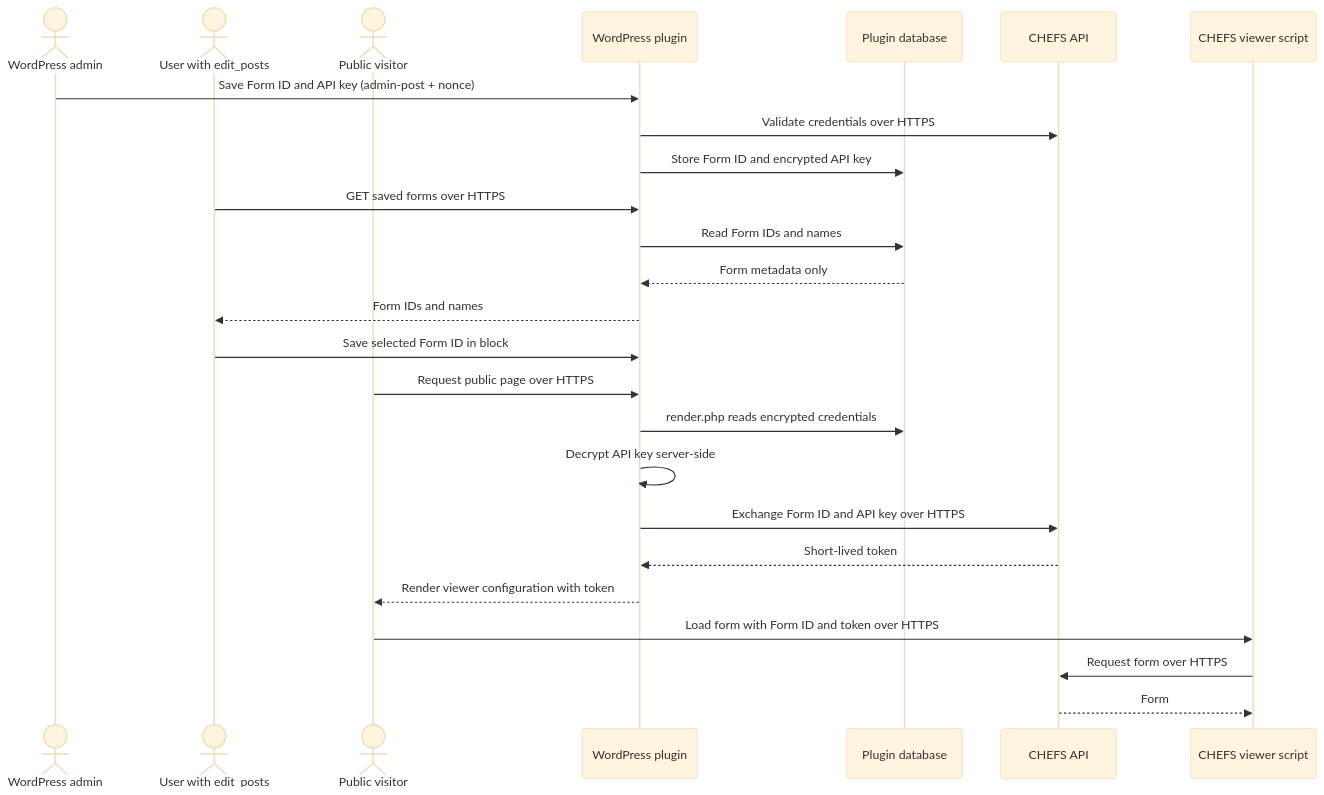
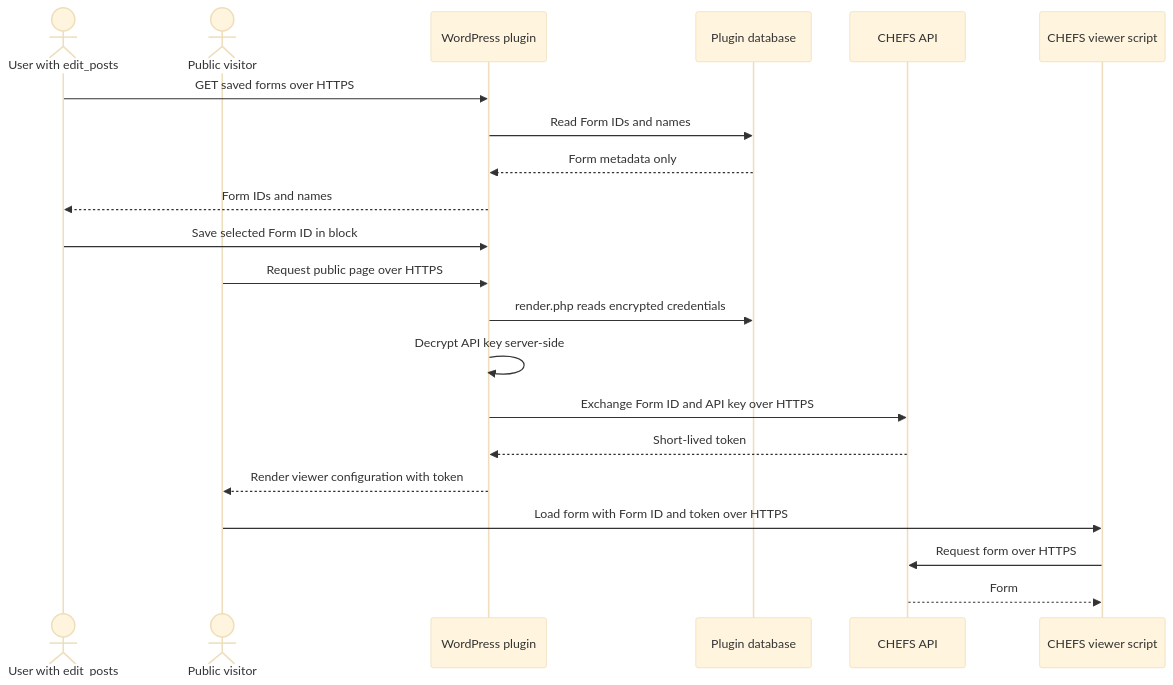
Before and after one commit to bcgov/bcew-monorepo: the diagram in plugins/bcew-chefs-embed/docs/developer/block-architecture.md, drawn with Mermaid (base theme). The commit also changed other lines of this file and 22 other files, not shown here.

````diff
--- a/plugins/bcew-chefs-embed/docs/developer/block-architecture.md
+++ b/plugins/bcew-chefs-embed/docs/developer/block-architecture.md
@@ -24,30 +29,25 @@
 ```mermaid
 sequenceDiagram
-    actor Admin as WordPress admin
     actor Editor as User with edit_posts
     actor Visitor as Public visitor
     participant WP as WordPress plugin
     participant DB as Plugin database
     participant CHEFS as CHEFS API
     participant Viewer as CHEFS viewer script
-
-    Admin->>WP: Save Form ID and API key (admin-post + nonce)
-    WP->>CHEFS: Validate credentials over HTTPS
-    WP->>DB: Store Form ID and encrypted API key
 
     Editor->>WP: GET saved forms over HTTPS
     WP->>DB: Read Form IDs and names
     DB-->>WP: Form metadata only
     WP-->>Editor: Form IDs and names
     Editor->>WP: Save selected Form ID in block
 
     Visitor->>WP: Request public page over HTTPS
     WP->>DB: render.php reads encrypted credentials
     WP->>WP: Decrypt API key server-side
     WP->>CHEFS: Exchange Form ID and API key over HTTPS
     CHEFS-->>WP: Short-lived token
     WP-->>Visitor: Render viewer configuration with token
     Visitor->>Viewer: Load form with Form ID and token over HTTPS
     Viewer->>CHEFS: Request form over HTTPS
     CHEFS-->>Viewer: Form
 ```
````
